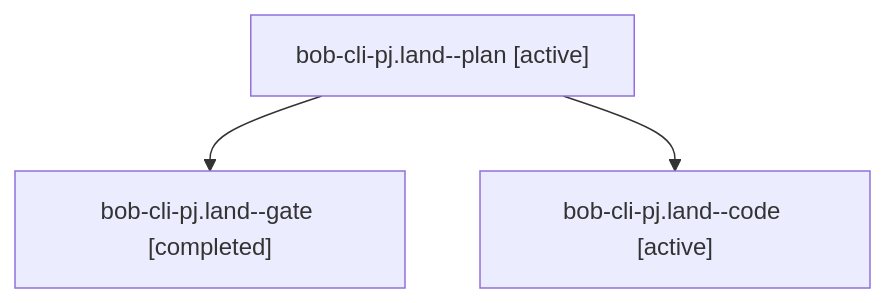
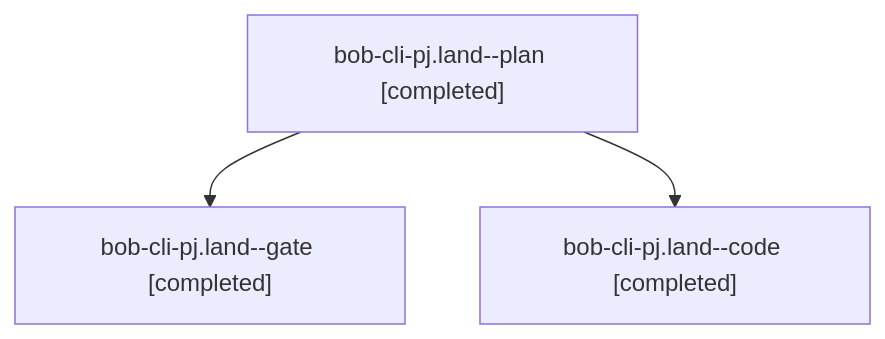
The diagram in sessions/bbugyi200.athena.bob-cli-pj.land.md (bobs-org/bob-cli--agents), drawn with Mermaid before and after one commit. The commit also changed other lines of this file and 189 other files, not shown here.

````diff
--- a/sessions/bbugyi200.athena.bob-cli-pj.land.md
+++ b/sessions/bbugyi200.athena.bob-cli-pj.land.md
@@ -9,8 +9,8 @@
 ```mermaid
 flowchart TD
-  n0["bob-cli-pj.land--plan [active]"]
+  n0["bob-cli-pj.land--plan [completed]"]
   n1["bob-cli-pj.land--gate [completed]"]
   n0 --> n1
-  n2["bob-cli-pj.land--code [active]"]
+  n2["bob-cli-pj.land--code [completed]"]
   n0 --> n2
 ```
````
